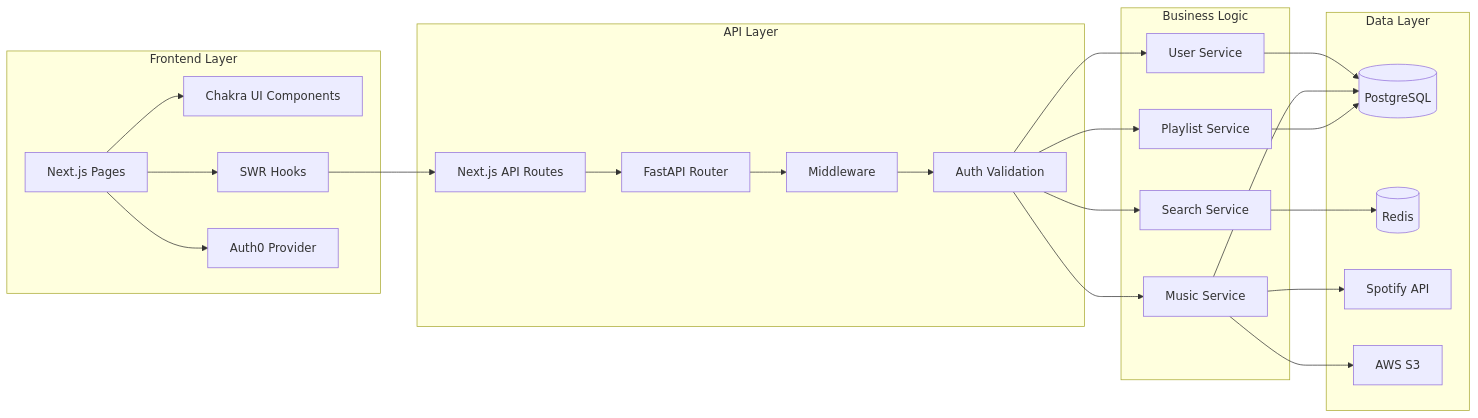
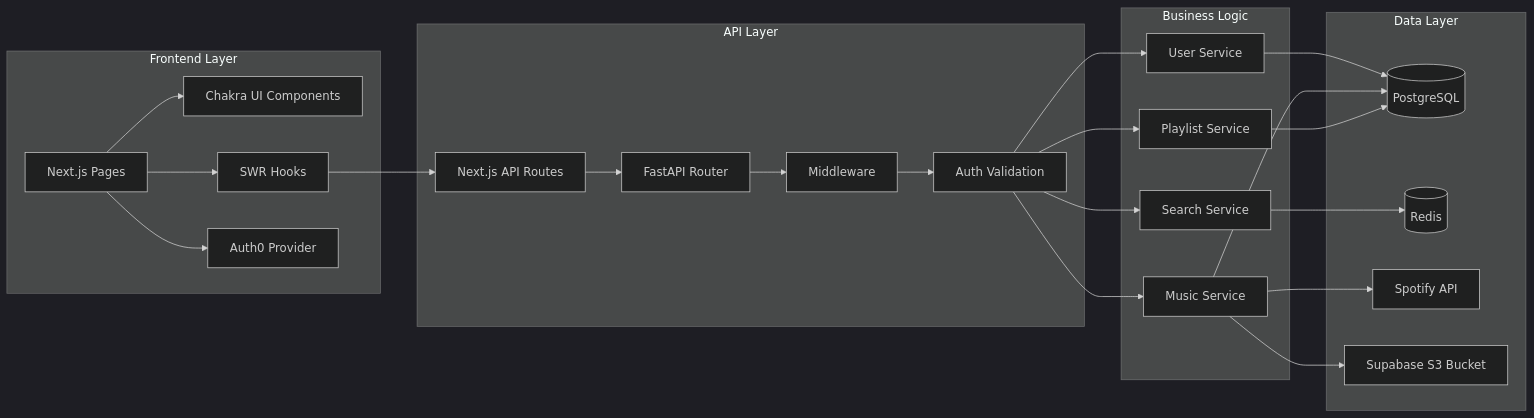
The second of 4 diagrams in docs/architecture.md (ars1mm/spotify-project), drawn with Mermaid before and after one commit. The commit also changed other lines of this file and 1 other file, not shown here.

Commit message:
Update architecture and API development documentation to include detailed API strategies, endpoint examples, and security measures

````diff
--- a/docs/architecture.md
+++ b/docs/architecture.md
@@ -44,49 +45,50 @@
 ```mermaid
+%%{init: { 'theme': 'dark', 'themeVariables': { 'background': '#000000' } } }%%
 graph LR
     subgraph "Frontend Layer"
         A[Next.js Pages]
         B[Chakra UI Components]
         C[SWR Hooks]
         D[Auth0 Provider]
     end
-    
+
     subgraph "API Layer"
         E[Next.js API Routes]
         F[FastAPI Router]
         G[Middleware]
         H[Auth Validation]
     end
-    
+
     subgraph "Business Logic"
         I[User Service]
         J[Music Service]
         K[Playlist Service]
         L[Search Service]
     end
-    
+
     subgraph "Data Layer"
         M[(PostgreSQL)]
         N[(Redis)]
         O[Spotify API]
-        P[AWS S3]
+        P[Supabase S3 Bucket]
     end
-    
+
     A --> B
     A --> C
     A --> D
     C --> E
     E --> F
     F --> G
     G --> H
     H --> I
     H --> J
     H --> K
     H --> L
-    
+
     I --> M
     J --> M
     K --> M
     L --> N
     J --> O
     J --> P
 ```
````
